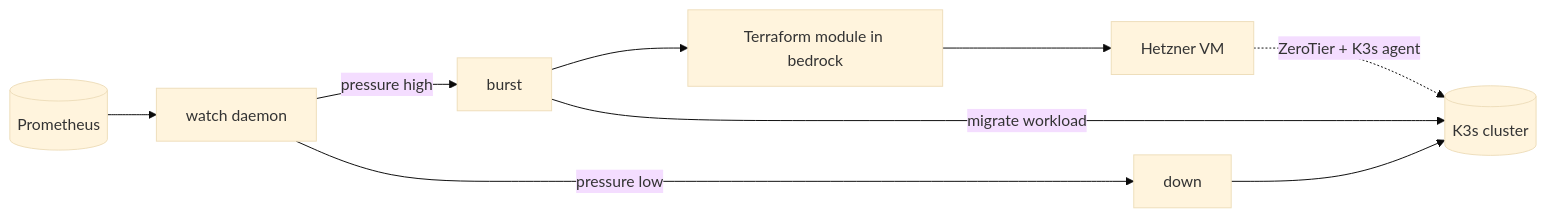
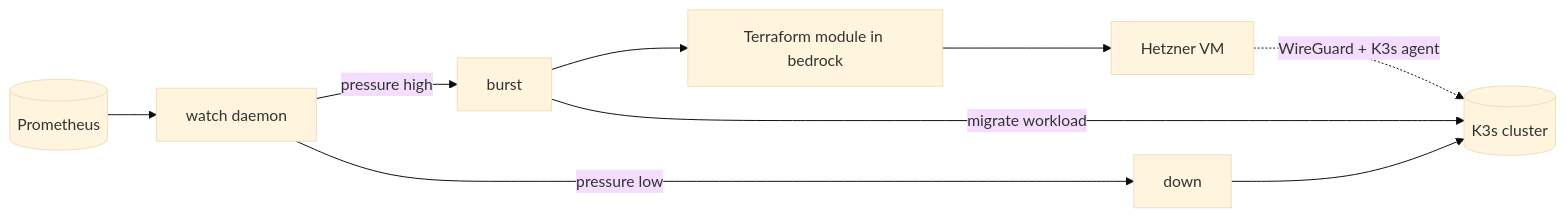
Before and after one commit to lucawalz/horizon: the diagram in README.md, drawn with Mermaid (base theme). The commit also changed other lines of this file and 5 other files, not shown here.

````diff
--- a/README.md
+++ b/README.md
@@ -31,11 +33,11 @@
 ```mermaid
 flowchart LR
   prom[(Prometheus)] --> watch[watch daemon]
   watch -->|pressure high| burst[burst]
   burst --> tf[Terraform module in bedrock]
   tf --> vm[Hetzner VM]
-  vm -. ZeroTier + K3s agent .-> cluster[(K3s cluster)]
+  vm -. WireGuard + K3s agent .-> cluster[(K3s cluster)]
   burst -->|migrate workload| cluster
   watch -->|pressure low| down[down]
   down --> cluster
 ```
````
